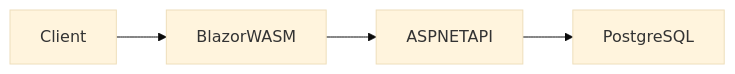
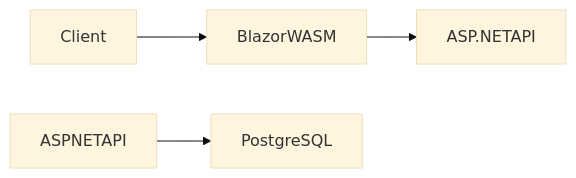
The first of 3 diagrams in README.md (x29general/PlasticModelApp.Public), drawn with Mermaid (base theme) before and after one commit. The commit also changed other lines of this file and 2 other files, not shown here.

````diff
--- a/README.md
+++ b/README.md
@@ -22,6 +22,6 @@
 ```mermaid
 flowchart LR
     Client --> BlazorWASM
-    BlazorWASM --> ASPNETAPI
+    BlazorWASM --> ASP.NETAPI
     ASPNETAPI --> PostgreSQL
 ```
````
